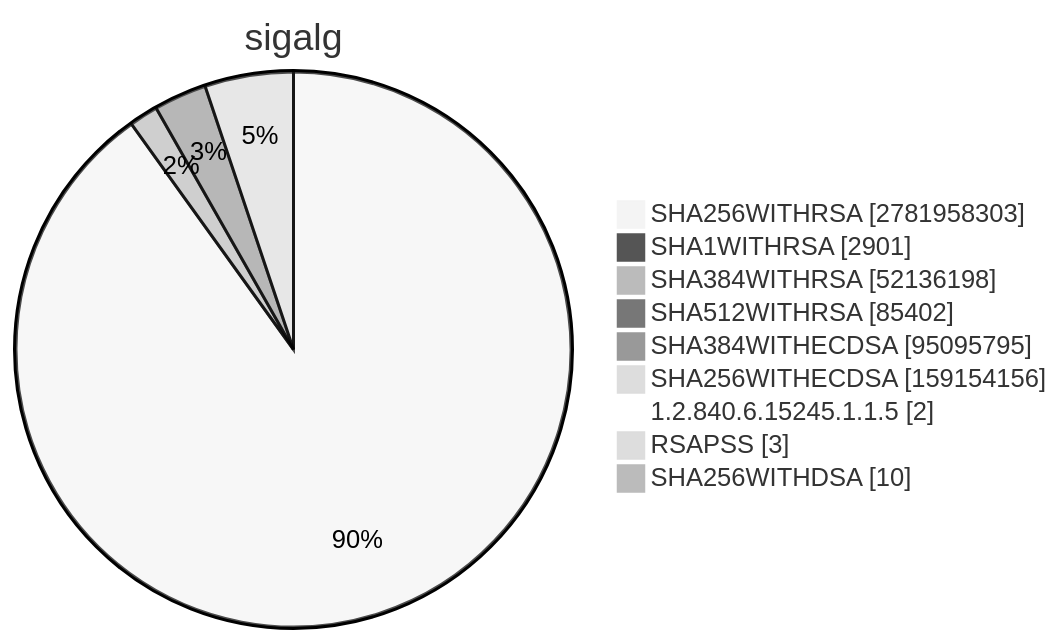
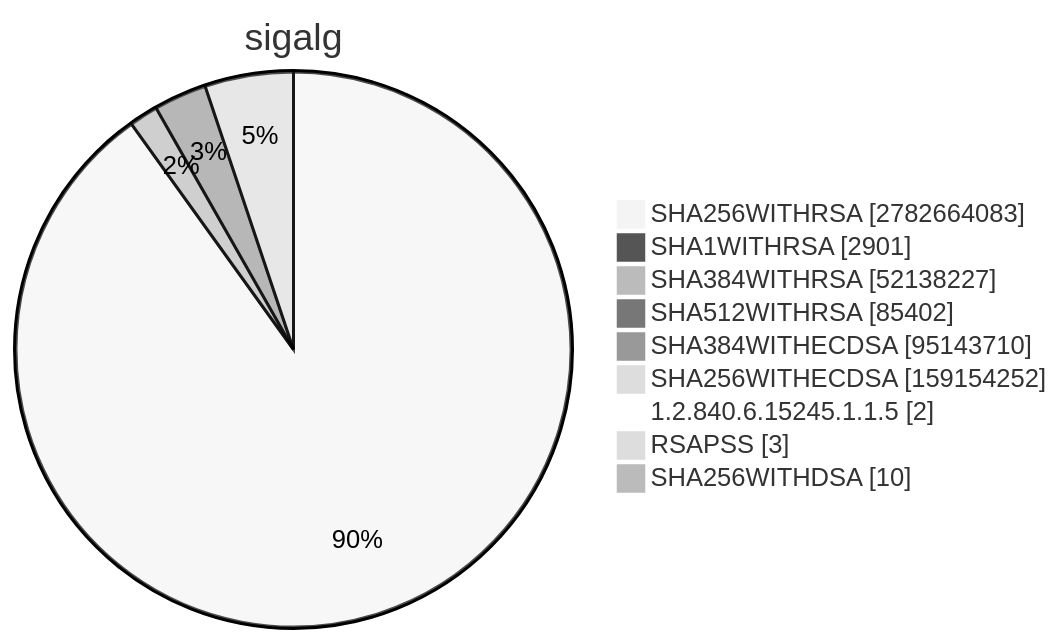
Before and after one commit to christiankrug/ctmonitor_visualization: diagram 15 of 15 in TOTAL/README.md, drawn with Mermaid (neutral theme). The commit also changed other lines of this file, not shown here.

````diff
--- a/TOTAL/README.md
+++ b/TOTAL/README.md
@@ -6205,13 +6205,13 @@
 ```mermaid
 pie showData
 title sigalg
-"SHA256WITHRSA" :2781958303
+"SHA256WITHRSA" :2782664083
 "SHA1WITHRSA" :2901
-"SHA384WITHRSA" :52136198
+"SHA384WITHRSA" :52138227
 "SHA512WITHRSA" :85402
-"SHA384WITHECDSA" :95095795
-"SHA256WITHECDSA" :159154156
+"SHA384WITHECDSA" :95143710
+"SHA256WITHECDSA" :159154252
 "1.2.840.6.15245.1.1.5" :2
 "RSAPSS" :3
 "SHA256WITHDSA" :10
 ```
````
